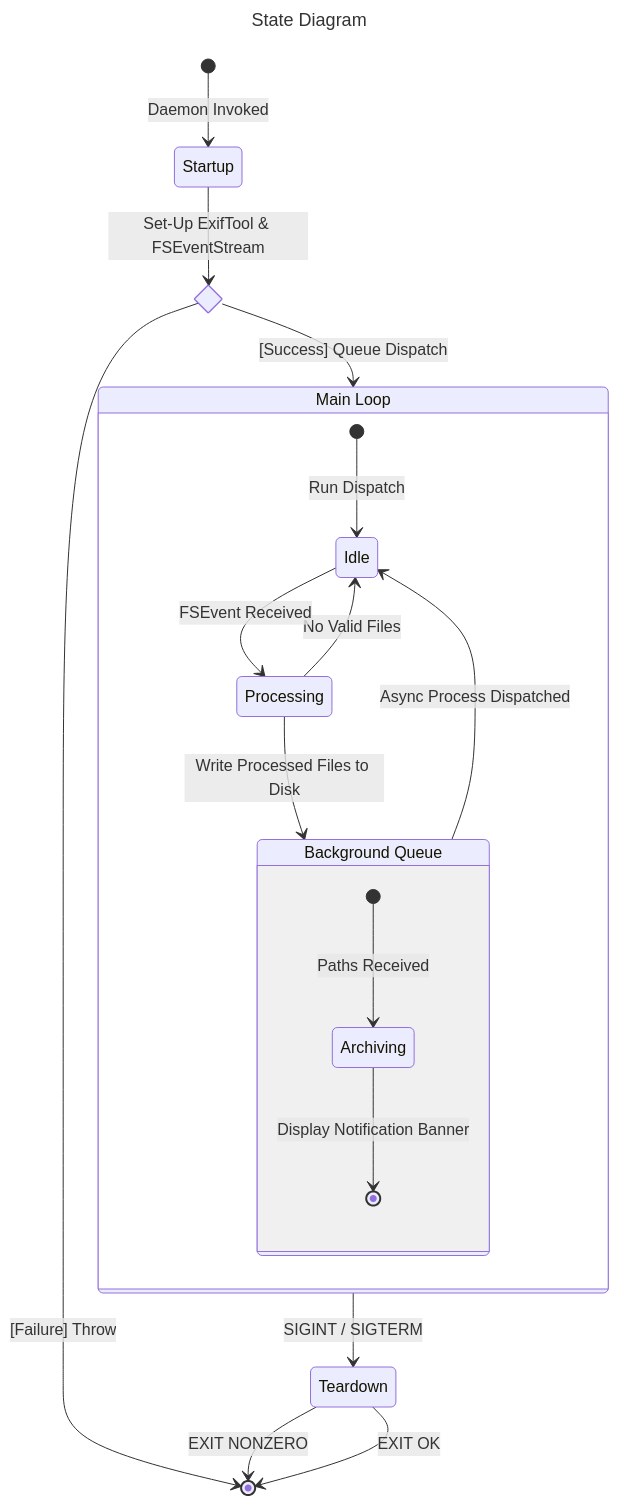
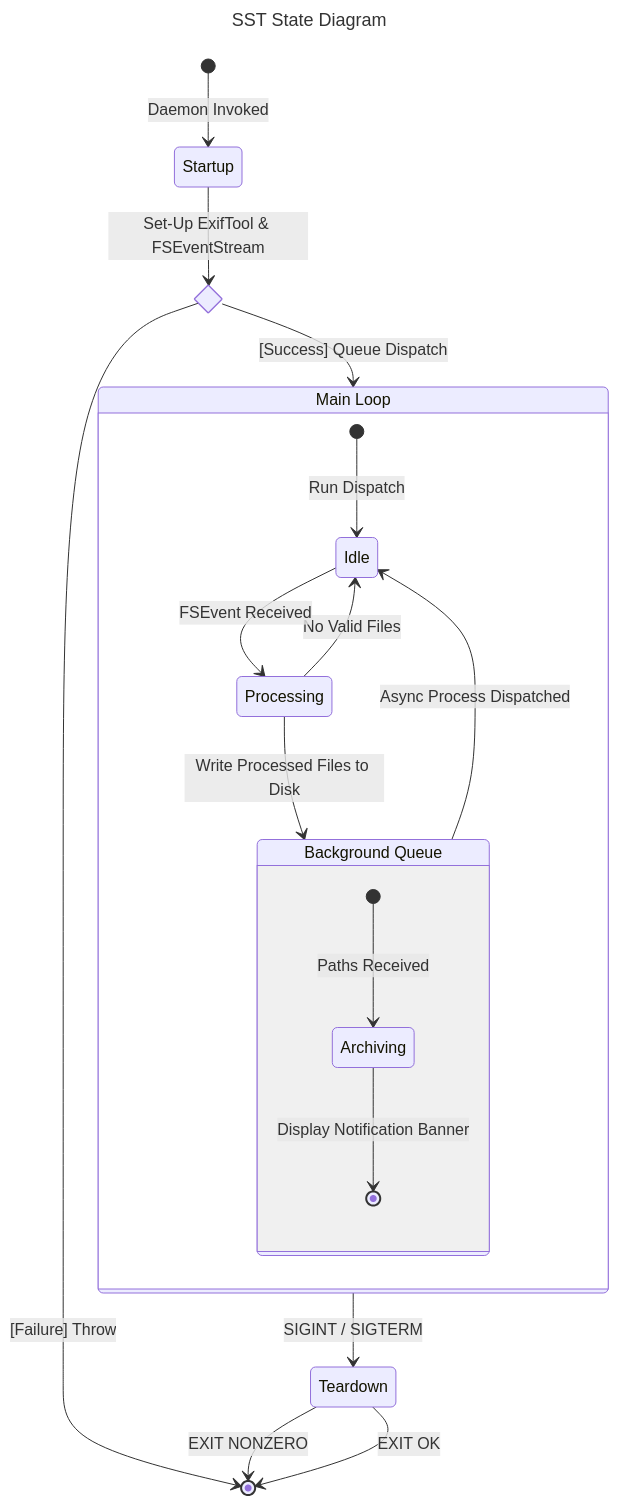
One commit to CharlesMC11/sst changed the diagram in Documentation/state-diagram.mmd. Above: the diagram before and after it, drawn with Mermaid. The commit also changed 2 other files, not shown here.

```diff
--- a/Documentation/state-diagram.mmd
+++ b/Documentation/state-diagram.mmd
@@ -1,28 +1,28 @@
 ---
-title: State Diagram
+title: SST State Diagram
 ---
 stateDiagram-v2
   [*] --> Startup : Daemon Invoked
 
   state is_initialized <<choice>>
   Startup --> is_initialized : Set-Up ExifTool & FSEventStream
   is_initialized --> [*] : [Failure] Throw
   is_initialized --> Loop : [Success] Queue Dispatch
 
   state "Main Loop" as Loop {
     [*] --> Idle : Run Dispatch
     Processing --> Idle : No Valid Files
     Idle --> Processing : FSEvent Received
 
     Processing --> Async : Write Processed Files to Disk
     Async --> Idle : Async Process Dispatched
 
     state "Background Queue" as Async {
       [*] --> Archiving : Paths Received
       Archiving --> [*] : Display Notification Banner
     }
   }
 
   Loop --> Teardown : SIGINT / SIGTERM
   Teardown --> [*] : EXIT NONZERO
   Teardown --> [*] : EXIT OK
```
